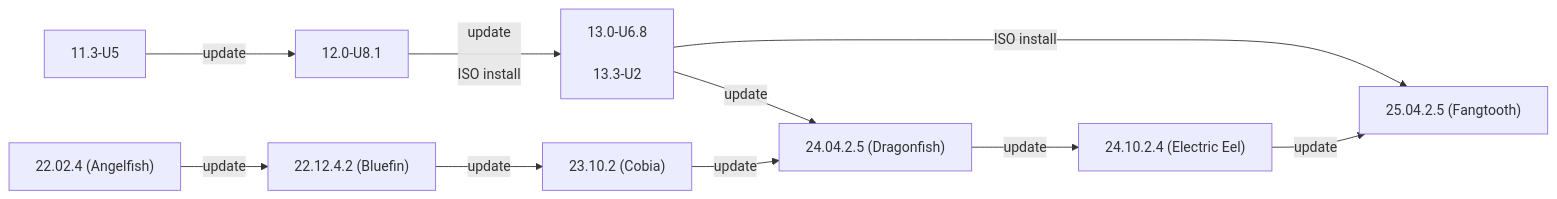
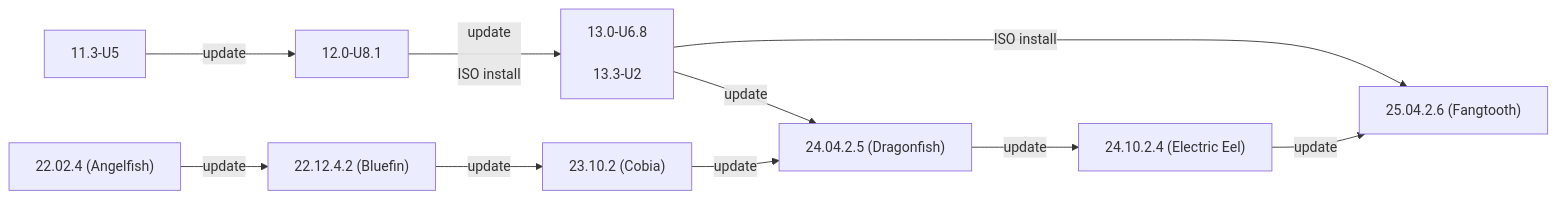
The first of 2 diagrams in static/includes/SCALEUpgradePaths.md (truenas/documentation), drawn with Mermaid before and after one commit. The commit also changed other lines of this file and 3 other files, not shown here.

```diff
--- a/static/includes/SCALEUpgradePaths.md
+++ b/static/includes/SCALEUpgradePaths.md
@@ -67,13 +67,13 @@
           {{< mermaid class="mermaid_sizing" >}}
           flowchart LR
             A["11.3-U5"] -->|update| B["12.0-U8.1"]
             B -->|"update<br><br>ISO install"| C["13.0-U6.8<br><br>13.3-U2"]
             C -->|update| G
             C -->|ISO install| I
             D["22.02.4 (Angelfish)"] -->|update| E
             E["22.12.4.2 (Bluefin)"] -->|update| F
             F["23.10.2 (Cobia)"] -->|update| G
             G["24.04.2.5 (Dragonfish)"] -->|update| H
             H["24.10.2.4 (Electric Eel)"] -->|update| I
-            I["25.04.2.5 (Fangtooth)"]
+            I["25.04.2.6 (Fangtooth)"]
           {{< /mermaid >}}
```
